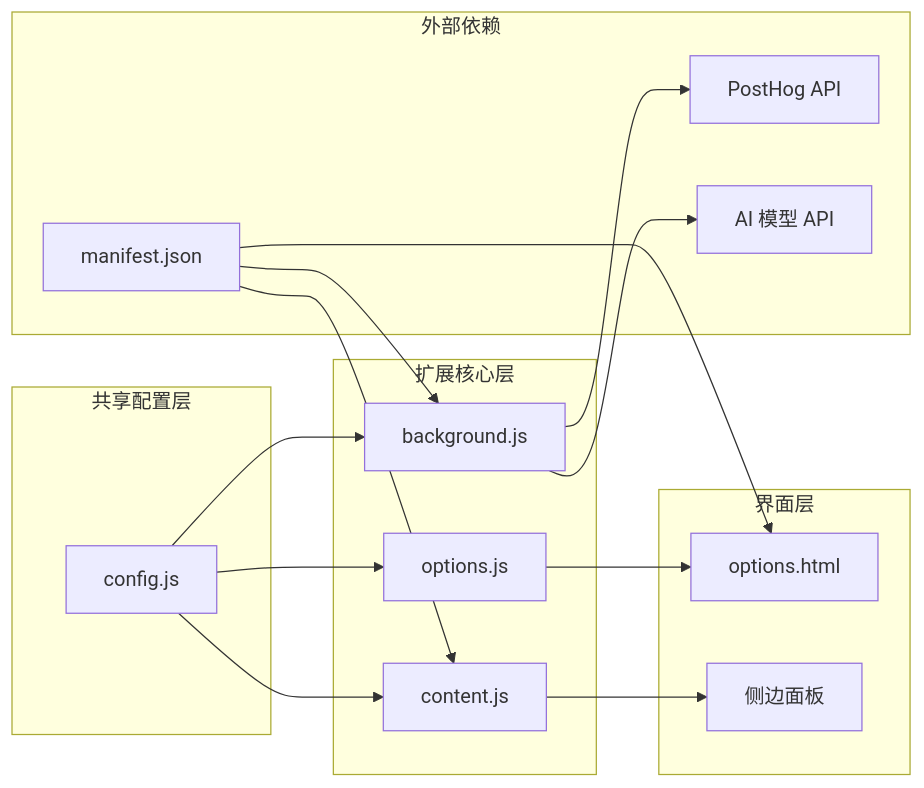
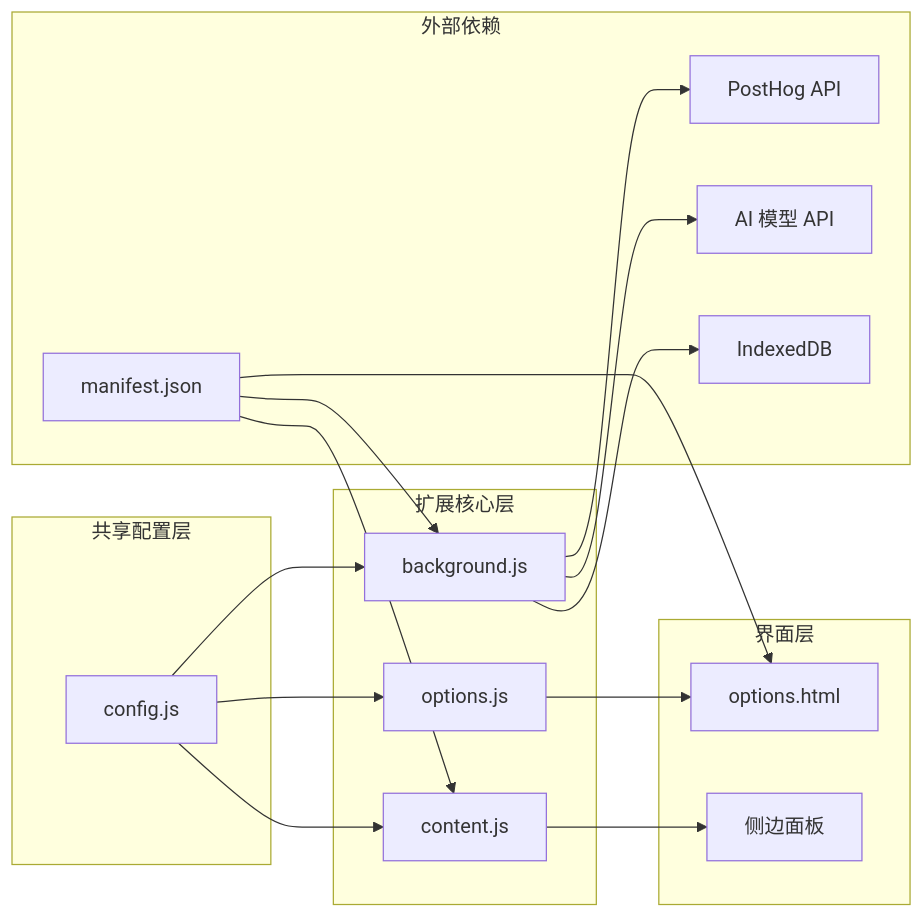
One commit to binasi/Img2Prompt changed the eighth of 9 diagrams in .qoder/repowiki/zh/content/技术架构/核心模块分析/核心模块分析.md. Above: the diagram before and after it, drawn with Mermaid. The commit also changed other lines of this file and 9 other files, not shown here.

````diff
--- a/.qoder/repowiki/zh/content/技术架构/核心模块分析/核心模块分析.md
+++ b/.qoder/repowiki/zh/content/技术架构/核心模块分析/核心模块分析.md
@@ -299,30 +313,32 @@
 ```mermaid
 graph LR
 subgraph "共享配置层"
 Config[config.js]
 end
 subgraph "扩展核心层"
 Background[background.js]
 Content[content.js]
 Options[options.js]
 end
 subgraph "界面层"
 OptionsHTML[options.html]
 Panel[侧边面板]
 end
 subgraph "外部依赖"
 Manifest[manifest.json]
 PostHog[PostHog API]
 AIModels[AI 模型 API]
+IndexedDB[IndexedDB]
 end
 Config --> Background
 Config --> Content
 Config --> Options
 Background --> PostHog
 Background --> AIModels
+Background --> IndexedDB
 Content --> Panel
 Options --> OptionsHTML
 Manifest --> Background
 Manifest --> Content
 Manifest --> OptionsHTML
 ```
````
